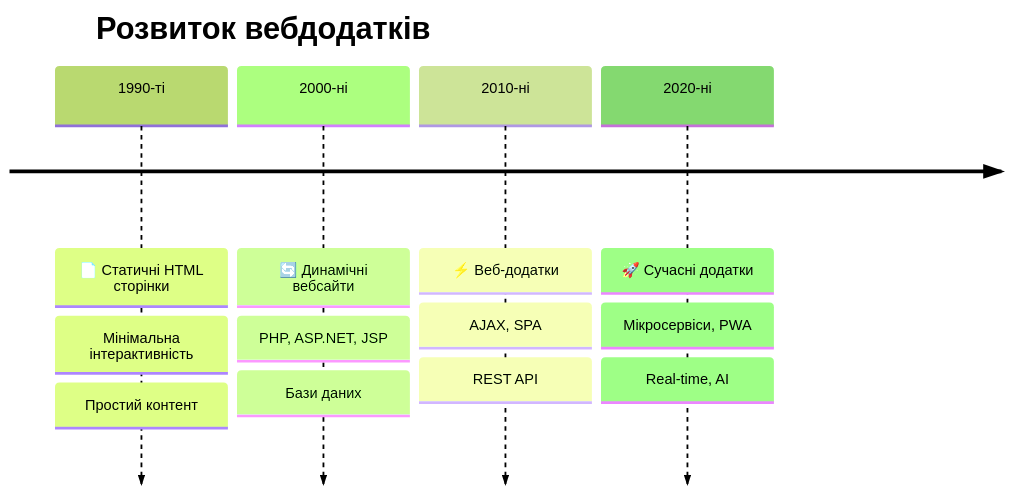
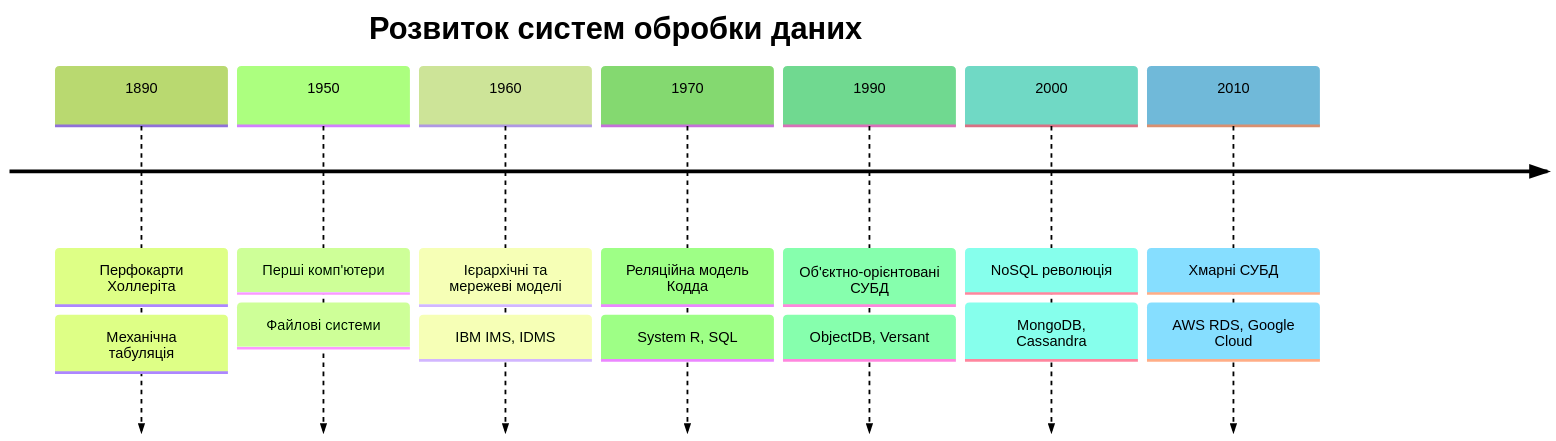
The first of 10 diagrams in docs/presentations/presentation-01.md (olroi421/course-bd), drawn with Mermaid (forest theme) before and after one commit. The commit also changed other lines of this file, not shown here.

````diff
--- a/docs/presentations/presentation-01.md
+++ b/docs/presentations/presentation-01.md
@@ -18,20 +17,18 @@
 ```mermaid
 timeline
-    title Розвиток вебдодатків
-
-    1990-ті : 📄 Статичні HTML сторінки
-             : Мінімальна інтерактивність
-             : Простий контент
-
-    2000-ні : 🔄 Динамічні вебсайти
-             : PHP, ASP.NET, JSP
-             : Бази даних
-
-    2010-ні : ⚡ Веб-додатки
-             : AJAX, SPA
-             : REST API
-
-    2020-ні : 🚀 Сучасні додатки
-             : Мікросервіси, PWA
-             : Real-time, AI
+    title Розвиток систем обробки даних
+    1890 : Перфокарти Холлеріта
+         : Механічна табуляція
+    1950 : Перші комп'ютери
+         : Файлові системи
+    1960 : Ієрархічні та мережеві моделі
+         : IBM IMS, IDMS
+    1970 : Реляційна модель Кодда
+         : System R, SQL
+    1990 : Об'єктно-орієнтовані СУБД
+         : ObjectDB, Versant
+    2000 : NoSQL революція
+         : MongoDB, Cassandra
+    2010 : Хмарні СУБД
+         : AWS RDS, Google Cloud
 ```
````
